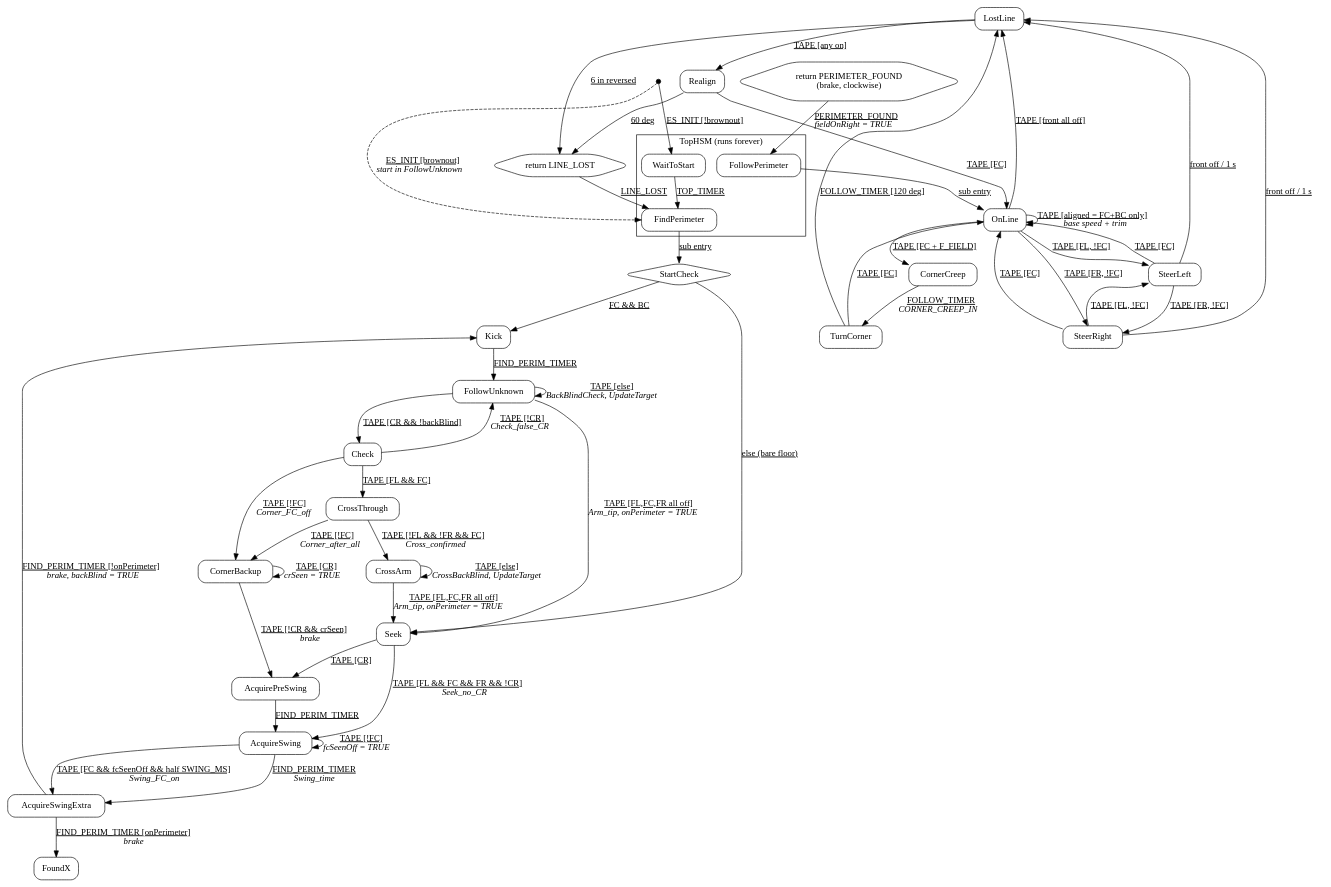
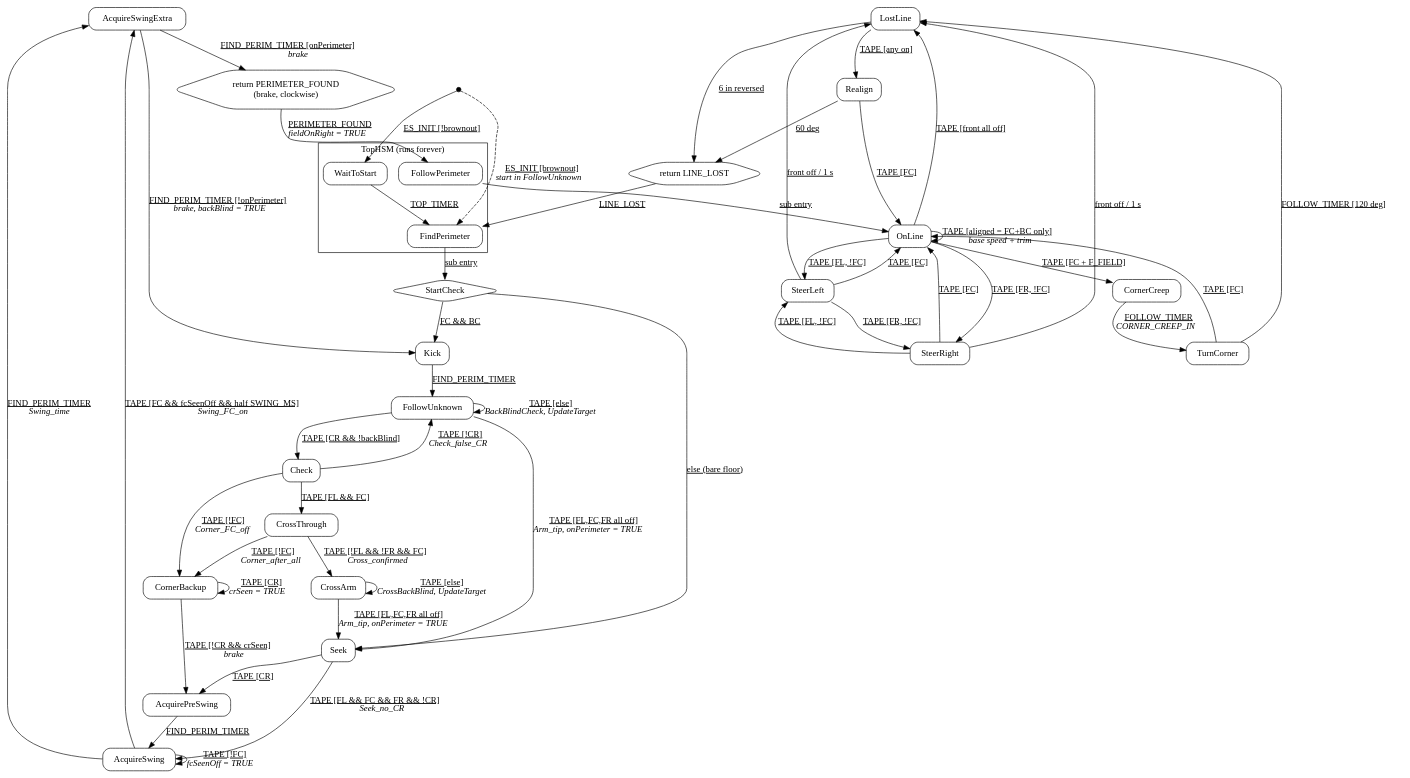
One commit to mechr718-oss/final_info_bank changed the diagram in PerimeterRunFSM.gv. Above: the diagram before and after it, drawn with Graphviz.

Commit message:
Fix PerimeterRunFSM.gv: route AcquireSwingExtra to PERIMETER_FOUND
Claude-Session: https://claude.ai/code/session_01XvTyc5cHodjUY5M9njxdCM

```diff
--- a/PerimeterRunFSM.gv
+++ b/PerimeterRunFSM.gv
@@ -1,59 +1,59 @@
 digraph PerimeterRun {
     rankdir=TB;
     init [shape="point", color="black", style="filled", width=.1];
     node [shape=box, style=rounded];
     StartCheck [shape=diamond];
     PERIMETER_FOUND [shape=hexagon, label="return PERIMETER_FOUND\n(brake, clockwise)"];
     LINE_LOST [shape=hexagon, label="return LINE_LOST"];
     subgraph cluster_top { label="TopHSM (runs forever)";
         WaitToStart; FindPerimeter; FollowPerimeter;
     }
     init -> WaitToStart [label=<<u>ES_INIT [!brownout]</u>>];
     init -> FindPerimeter [style=dashed, label=<<u>ES_INIT [brownout]</u><br/><i>start in FollowUnknown</i>>];
     WaitToStart -> FindPerimeter [label=<<u>TOP_TIMER</u>>];
     FindPerimeter -> StartCheck [label=<<u>sub entry</u>>];
     PERIMETER_FOUND -> FollowPerimeter [label=<<u>PERIMETER_FOUND</u><br/><i>fieldOnRight = TRUE</i>>];
     FollowPerimeter -> OnLine [label=<<u>sub entry</u>>];
     LINE_LOST -> FindPerimeter [label=<<u>LINE_LOST</u>>];
     OnLine -> OnLine [label=<<u>TAPE [aligned = FC+BC only]</u><br/><i>base speed + trim</i>>];
     OnLine -> SteerLeft [label=<<u>TAPE [FL, !FC]</u>>];
     OnLine -> SteerRight [label=<<u>TAPE [FR, !FC]</u>>];
     SteerLeft -> OnLine [label=<<u>TAPE [FC]</u>>];
     SteerRight -> OnLine [label=<<u>TAPE [FC]</u>>];
     SteerLeft -> SteerRight [label=<<u>TAPE [FR, !FC]</u>>];
     SteerRight -> SteerLeft [label=<<u>TAPE [FL, !FC]</u>>];
     OnLine -> CornerCreep [label=<<u>TAPE [FC + F_FIELD]</u>>];
     CornerCreep -> TurnCorner [label=<<u>FOLLOW_TIMER</u><br/><i>CORNER_CREEP_IN</i>>];
     TurnCorner -> OnLine [label=<<u>TAPE [FC]</u>>];
     TurnCorner -> LostLine [label=<<u>FOLLOW_TIMER [120 deg]</u>>];
     OnLine -> LostLine [label=<<u>TAPE [front all off]</u>>];
     SteerLeft -> LostLine [label=<<u>front off / 1 s</u>>];
     SteerRight -> LostLine [label=<<u>front off / 1 s</u>>];
     LostLine -> Realign [label=<<u>TAPE [any on]</u>>];
     Realign -> OnLine [label=<<u>TAPE [FC]</u>>];
     LostLine -> LINE_LOST [label=<<u>6 in reversed</u>>];
     Realign -> LINE_LOST [label=<<u>60 deg</u>>];
     StartCheck -> Kick [label=<<u>FC &amp;&amp; BC</u>>];
     StartCheck -> Seek [label=<<u>else (bare floor)</u>>];
     Kick -> FollowUnknown [label=<<u>FIND_PERIM_TIMER</u>>];
     FollowUnknown -> Seek [label=<<u>TAPE [FL,FC,FR all off]</u><br/><i>Arm_tip, onPerimeter = TRUE</i>>];
     FollowUnknown -> Check [label=<<u>TAPE [CR &amp;&amp; !backBlind]</u>>];
     FollowUnknown -> FollowUnknown [label=<<u>TAPE [else]</u><br/><i>BackBlindCheck, UpdateTarget</i>>];
     Check -> CrossThrough [label=<<u>TAPE [FL &amp;&amp; FC]</u>>];
     Check -> CornerBackup [label=<<u>TAPE [!FC]</u><br/><i>Corner_FC_off</i>>];
     Check -> FollowUnknown [label=<<u>TAPE [!CR]</u><br/><i>Check_false_CR</i>>];
     CrossThrough -> CrossArm [label=<<u>TAPE [!FL &amp;&amp; !FR &amp;&amp; FC]</u><br/><i>Cross_confirmed</i>>];
     CrossThrough -> CornerBackup [label=<<u>TAPE [!FC]</u><br/><i>Corner_after_all</i>>];
     CrossArm -> Seek [label=<<u>TAPE [FL,FC,FR all off]</u><br/><i>Arm_tip, onPerimeter = TRUE</i>>];
     CrossArm -> CrossArm [label=<<u>TAPE [else]</u><br/><i>CrossBackBlind, UpdateTarget</i>>];
     Seek -> AcquirePreSwing [label=<<u>TAPE [CR]</u>>];
     Seek -> AcquireSwing [label=<<u>TAPE [FL &amp;&amp; FC &amp;&amp; FR &amp;&amp; !CR]</u><br/><i>Seek_no_CR</i>>];
     CornerBackup -> CornerBackup [label=<<u>TAPE [CR]</u><br/><i>crSeen = TRUE</i>>];
     CornerBackup -> AcquirePreSwing [label=<<u>TAPE [!CR &amp;&amp; crSeen]</u><br/><i>brake</i>>];
     AcquirePreSwing -> AcquireSwing [label=<<u>FIND_PERIM_TIMER</u>>];
     AcquireSwing -> AcquireSwing [label=<<u>TAPE [!FC]</u><br/><i>fcSeenOff = TRUE</i>>];
     AcquireSwing -> AcquireSwingExtra [label=<<u>TAPE [FC &amp;&amp; fcSeenOff &amp;&amp; half SWING_MS]</u><br/><i>Swing_FC_on</i>>];
     AcquireSwing -> AcquireSwingExtra [label=<<u>FIND_PERIM_TIMER</u><br/><i>Swing_time</i>>];
-    AcquireSwingExtra -> FoundX [label=<<u>FIND_PERIM_TIMER [onPerimeter]</u><br/><i>brake</i>>];
+    AcquireSwingExtra -> PERIMETER_FOUND [label=<<u>FIND_PERIM_TIMER [onPerimeter]</u><br/><i>brake</i>>];
     AcquireSwingExtra -> Kick [label=<<u>FIND_PERIM_TIMER [!onPerimeter]</u><br/><i>brake, backBlind = TRUE</i>>];
 }
```
